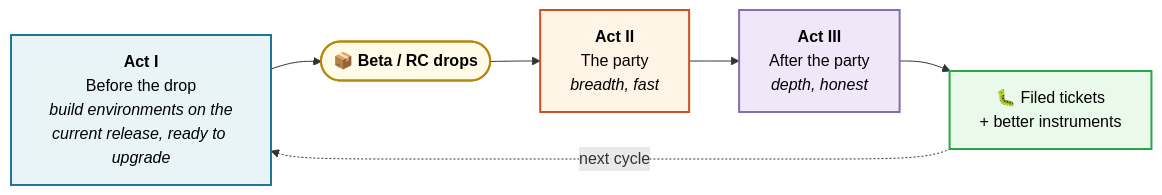
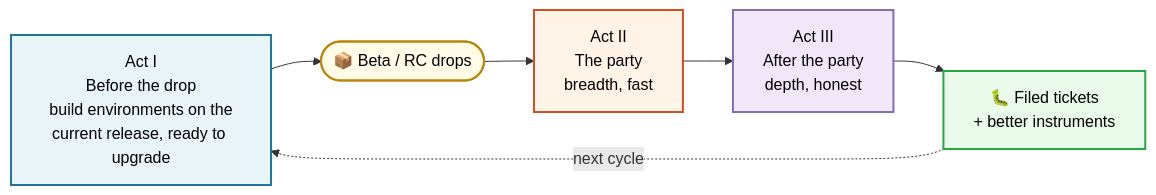
The first of 5 diagrams in README.md (courtneyr-dev/wp-release-audit-method), drawn with Mermaid before and after one commit. The commit also changed other lines of this file and 4 other files, not shown here.

First line of the commit message:
🐛 Strip HTML tags from mermaid labels so GitHub will render the diagrams

````diff
--- a/README.md
+++ b/README.md
@@ -14,17 +14,17 @@
 ```mermaid
 flowchart LR
-    A["<b>Act I</b><br/>Before the drop<br/><i>build environments on the<br/>current release, ready to upgrade</i>"]
-    B(["📦 <b>Beta / RC drops</b>"])
-    C["<b>Act II</b><br/>The party<br/><i>breadth, fast</i>"]
-    D["<b>Act III</b><br/>After the party<br/><i>depth, honest</i>"]
+    A["Act I<br/>Before the drop<br/>build environments on the<br/>current release, ready to upgrade"]
+    B(["📦 Beta / RC drops"])
+    C["Act II<br/>The party<br/>breadth, fast"]
+    D["Act III<br/>After the party<br/>depth, honest"]
     E["🐛 Filed tickets<br/>+ better instruments"]
 
     A --> B --> C --> D --> E
     E -.->|"next cycle"| A
 
     style A fill:#e8f4f8,stroke:#21759B,stroke-width:2px,color:#000
     style B fill:#fffbe6,stroke:#b8860b,stroke-width:2px,color:#000
     style C fill:#fff4e6,stroke:#D54E21,stroke-width:2px,color:#000
     style D fill:#f0e8f8,stroke:#826EB4,stroke-width:2px,color:#000
     style E fill:#eafaea,stroke:#28a745,stroke-width:2px,color:#000
 ```
````
